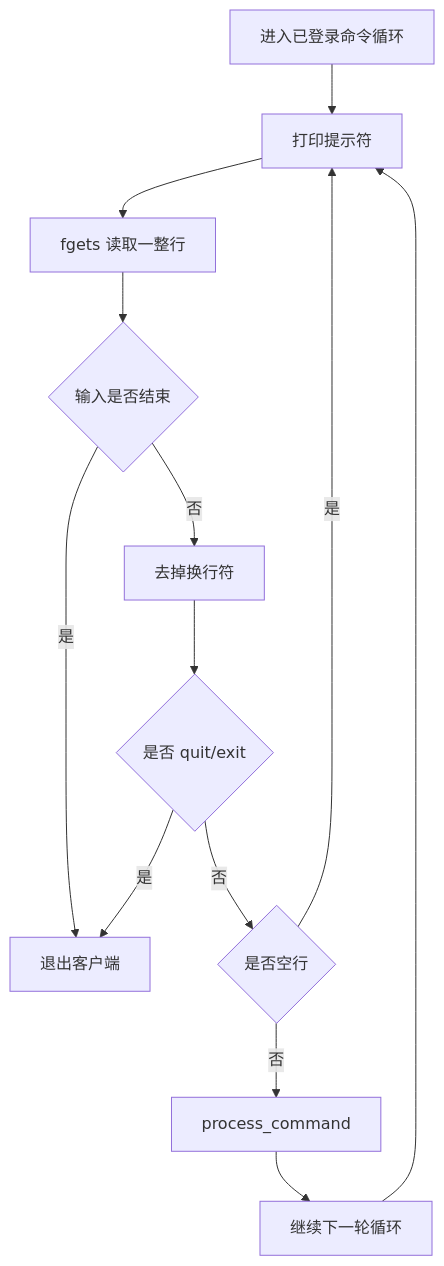
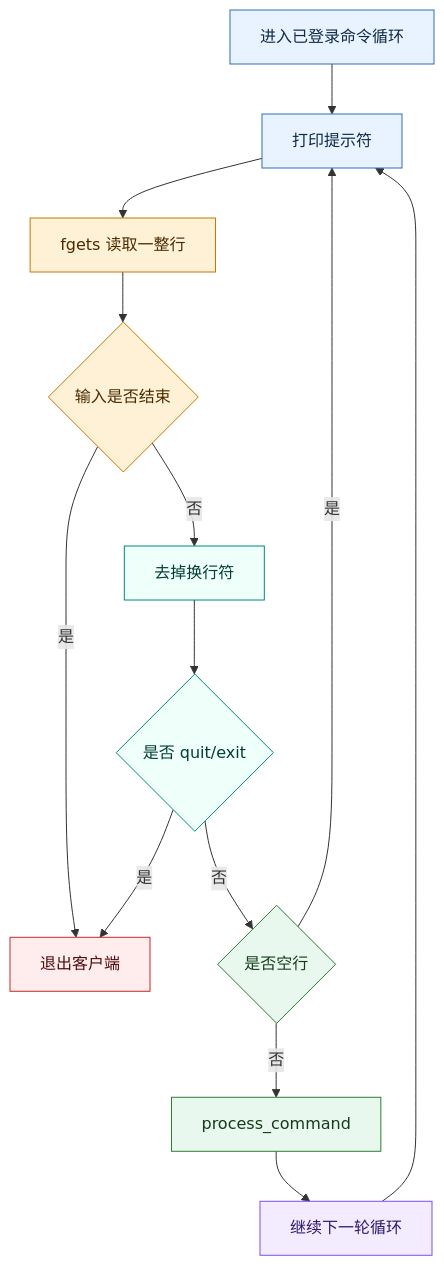
The fifth of 20 diagrams in docs/V5全流程活动图详解.md (panlong-studio/WindCloud_V4), drawn with Mermaid before and after one commit. The commit also changed other lines of this file and 5 other files, not shown here.

````diff
--- a/docs/V5全流程活动图详解.md
+++ b/docs/V5全流程活动图详解.md
@@ -304,21 +358,34 @@
 ```mermaid
 flowchart TD
     L0[进入已登录命令循环]
     L1[打印提示符]
     L2[fgets 读取一整行]
     L3{输入是否结束}
     L4[去掉换行符]
     L5{是否 quit/exit}
     L6{是否空行}
     L7[process_command]
     L8[继续下一轮循环]
     L9[退出客户端]
 
     L0 --> L1 --> L2 --> L3
     L3 -- 是 --> L9
     L3 -- 否 --> L4 --> L5
     L5 -- 是 --> L9
     L5 -- 否 --> L6
     L6 -- 是 --> L1
     L6 -- 否 --> L7 --> L8 --> L1
+    classDef phase1 fill:#E8F3FF,stroke:#2F6FB6,color:#102A43
+    classDef phase2 fill:#FFF1D6,stroke:#C77700,color:#4A2B00
+    classDef phase3 fill:#EFFFFA,stroke:#00897B,color:#003D35
+    classDef phase4 fill:#E9F8EF,stroke:#2E7D32,color:#173B1A
+    classDef phase5 fill:#F3ECFF,stroke:#7C4DFF,color:#2D1B69
+    classDef fail fill:#FFECEC,stroke:#C62828,color:#4A0D0D
+
+    class L0,L1 phase1
+    class L2,L3 phase2
+    class L4,L5 phase3
+    class L6,L7 phase4
+    class L8 phase5
+    class L9 fail
 ```
````
